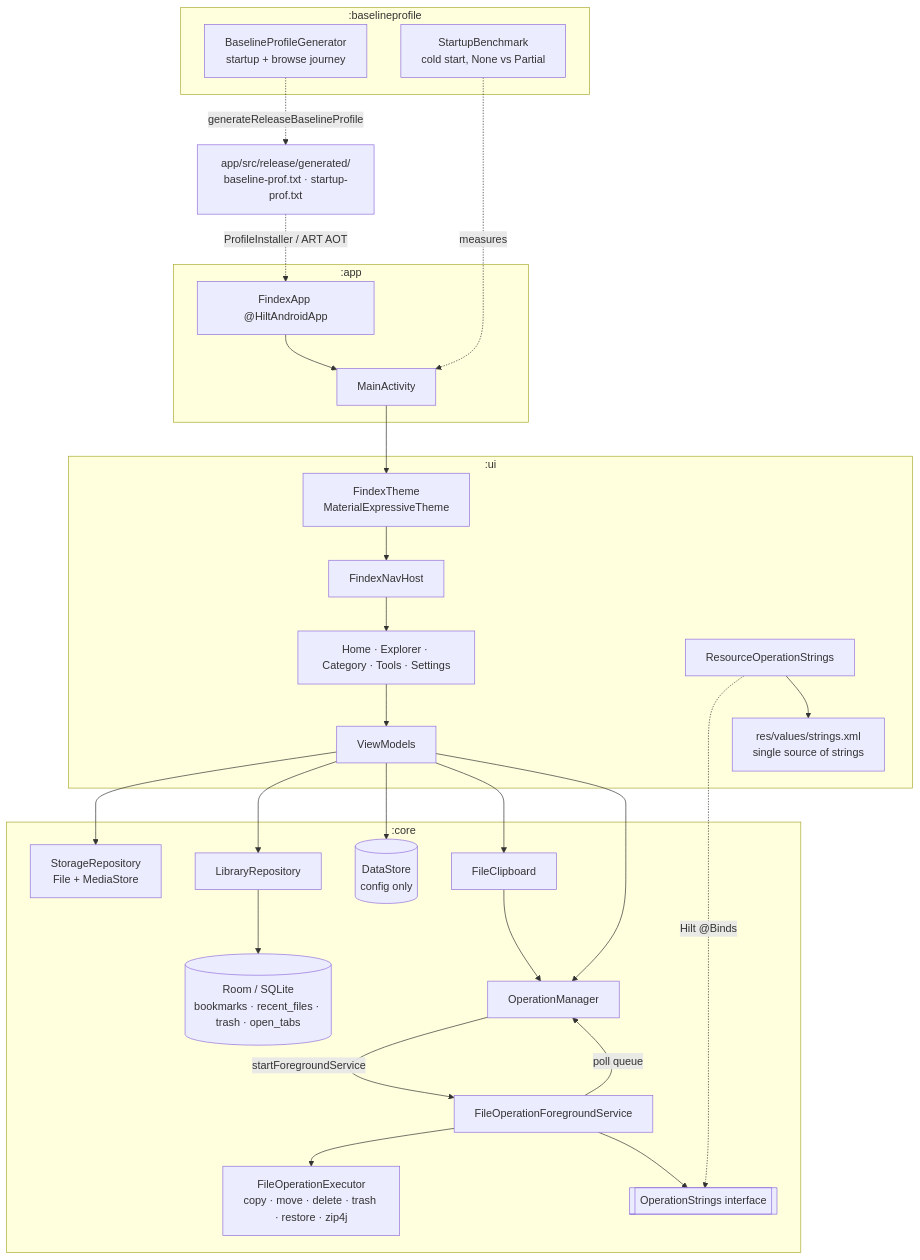
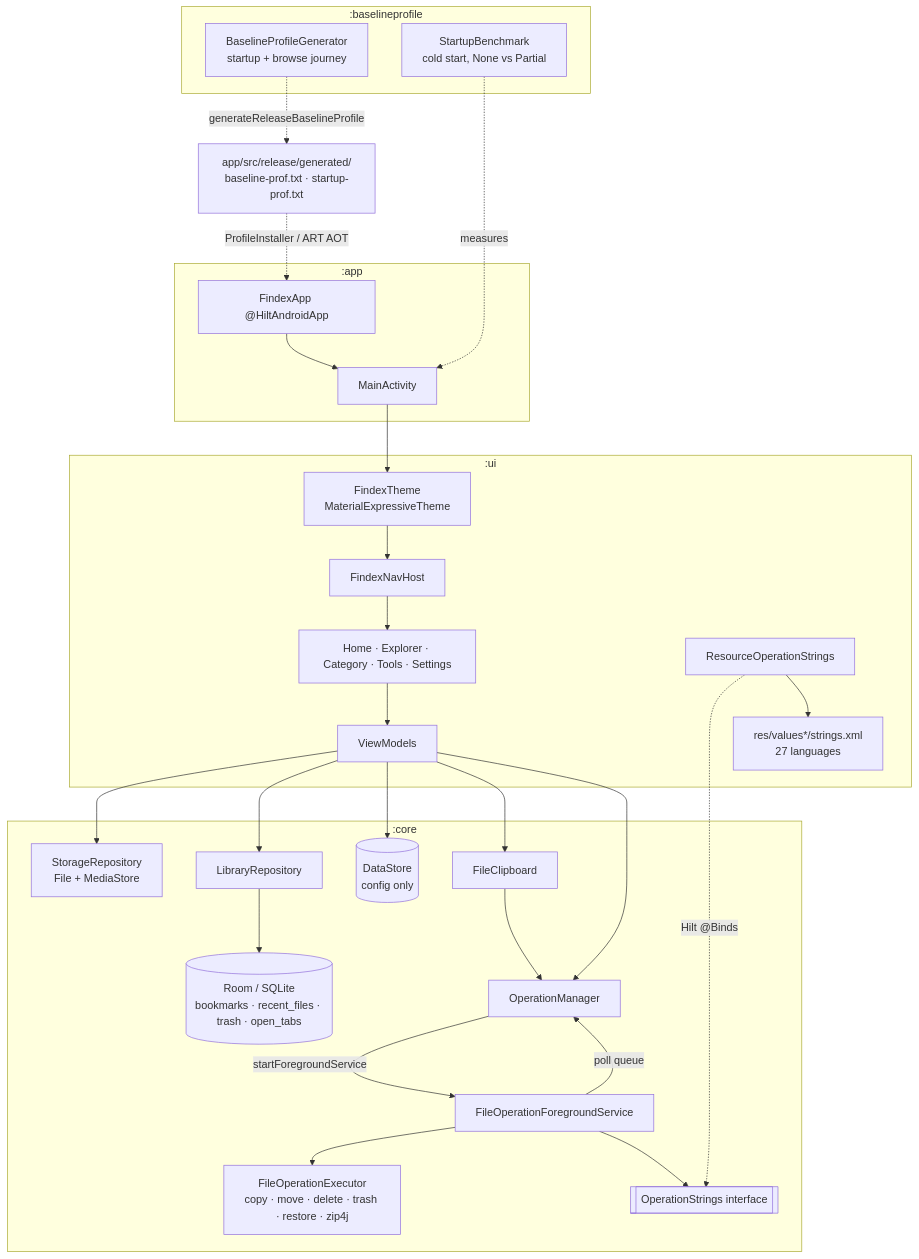
The first of 29 diagrams in development/docs/ARCHITECTURE.md (aiyu-ayaan/Findex), drawn with Mermaid before and after one commit. The commit also changed other lines of this file and 2 other files, not shown here.

````diff
--- a/development/docs/ARCHITECTURE.md
+++ b/development/docs/ARCHITECTURE.md
@@ -11,49 +11,49 @@
 ```mermaid
 graph TD
     subgraph ":app"
         App[FindexApp @HiltAndroidApp]
         MainAct[MainActivity]
     end
 
     subgraph ":ui"
-        UIStrings[res/values/strings.xml<br/>single source of strings]
+        UIStrings[res/values*/strings.xml<br/>27 languages]
         Theme[FindexTheme<br/>MaterialExpressiveTheme]
         Nav[FindexNavHost]
         Screens[Home · Explorer · Category · Tools · Settings]
         VMs[ViewModels]
         OpStrings[ResourceOperationStrings]
     end
 
     subgraph ":core"
         StorageRepo[StorageRepository<br/>File + MediaStore]
         LibraryRepo[LibraryRepository]
         DB[(Room / SQLite<br/>bookmarks · recent_files · trash · open_tabs)]
         Settings[(DataStore<br/>config only)]
         OpMgr[OperationManager]
         Clip[FileClipboard]
         Exec[FileOperationExecutor<br/>copy · move · delete · trash · restore · zip4j]
         FGS[FileOperationForegroundService]
         OpStringsIf[[OperationStrings interface]]
     end
 
     subgraph ":baselineprofile"
         Gen[BaselineProfileGenerator<br/>startup + browse journey]
         Bench[StartupBenchmark<br/>cold start, None vs Partial]
     end
 
     App --> MainAct --> Theme --> Nav --> Screens --> VMs
     VMs --> StorageRepo
     VMs --> LibraryRepo --> DB
     VMs --> Settings
     VMs --> Clip --> OpMgr
     VMs --> OpMgr
     OpMgr -- startForegroundService --> FGS
     FGS -- poll queue --> OpMgr
     FGS --> Exec
     FGS --> OpStringsIf
     OpStrings -. Hilt @Binds .-> OpStringsIf
     OpStrings --> UIStrings
     Gen -. generateReleaseBaselineProfile .-> Prof[app/src/release/generated/<br/>baseline-prof.txt · startup-prof.txt]
     Prof -. ProfileInstaller / ART AOT .-> App
     Bench -. measures .-> MainAct
 ```
````
